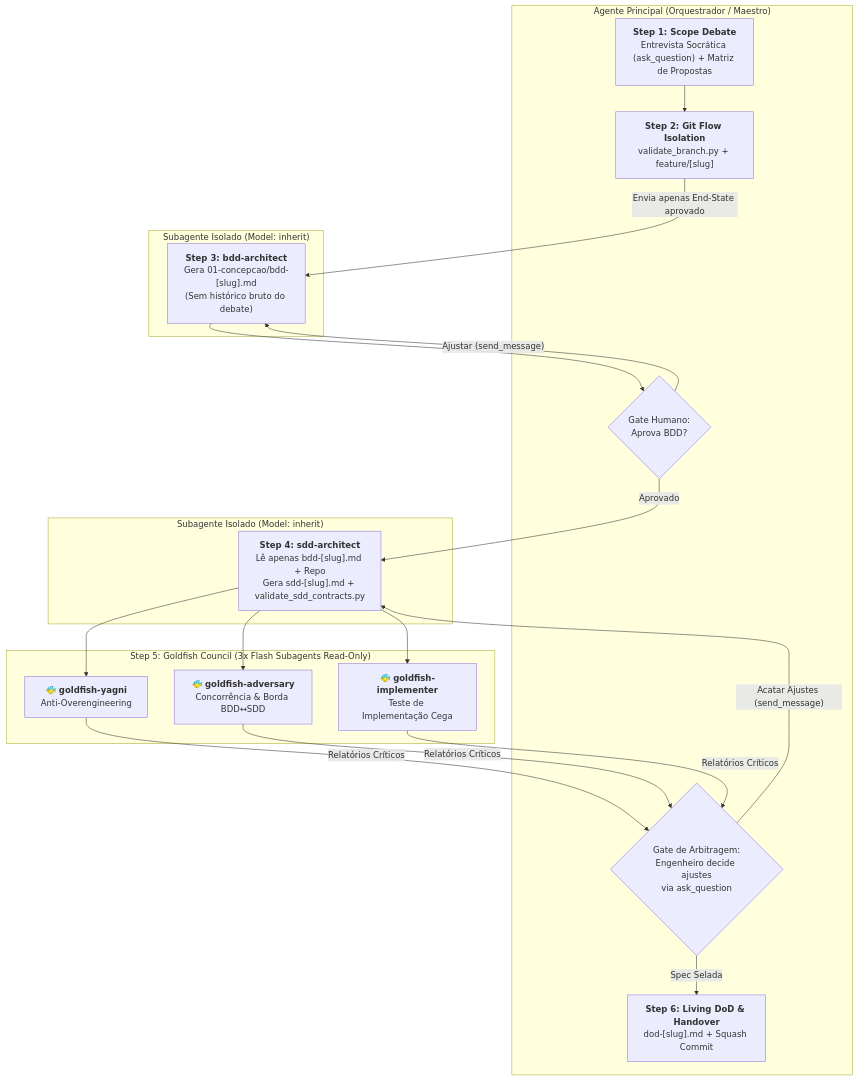
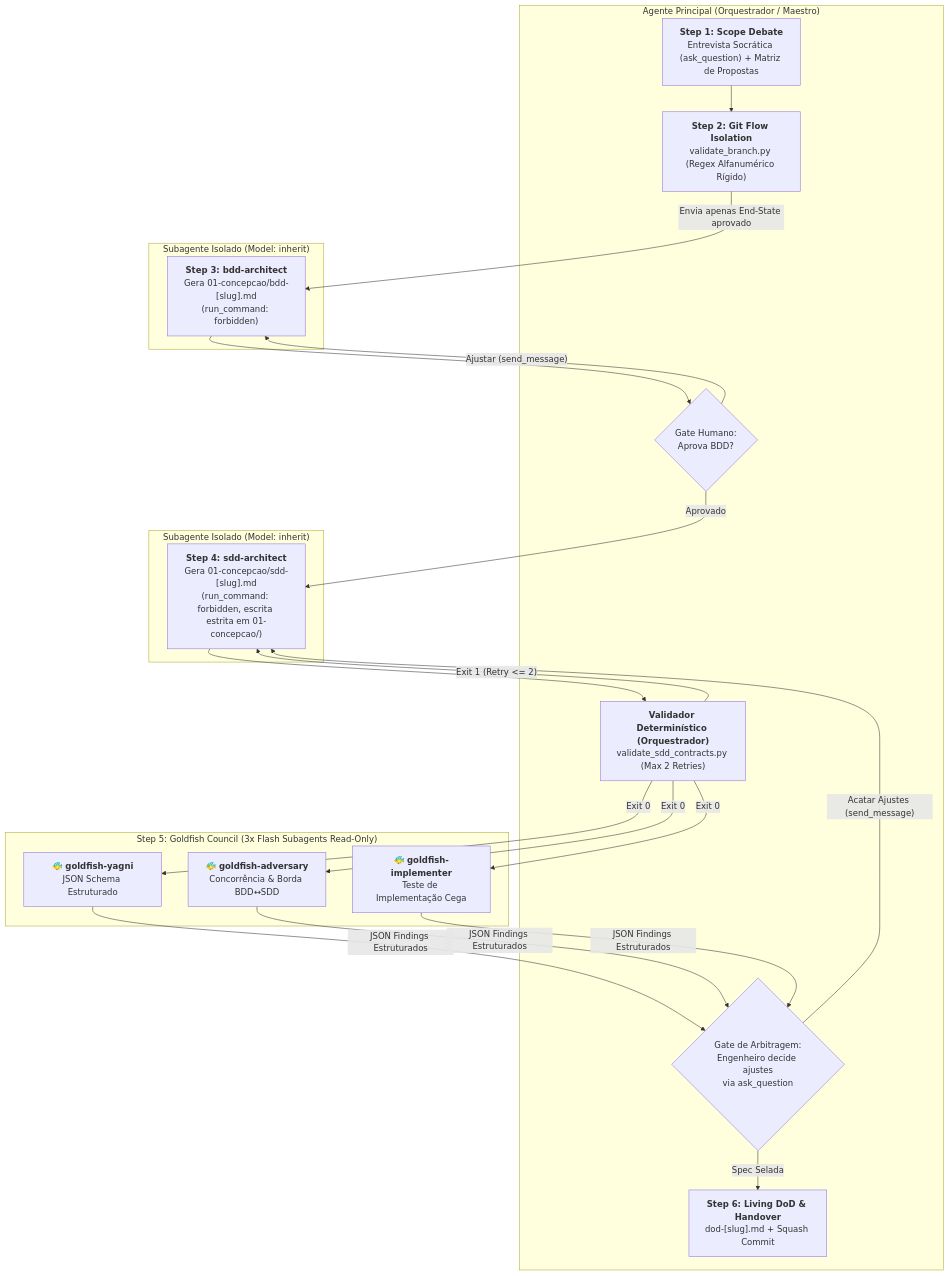
The diagram in doc/skills/plan/README.md (MarcosVeniciu/antigravity-agentic-skills), drawn with Mermaid before and after one commit. The commit also changed other lines of this file and 71 other files, not shown here.

````diff
--- a/doc/skills/plan/README.md
+++ b/doc/skills/plan/README.md
@@ -22,34 +23,37 @@
 ```mermaid
 flowchart TD
     subgraph MainChat["Agente Principal (Orquestrador / Maestro)"]
         S1["<b>Step 1: Scope Debate</b><br/>Entrevista Socrática (ask_question) + Matriz de Propostas"]
-        S2["<b>Step 2: Git Flow Isolation</b><br/>validate_branch.py + feature/[slug]"]
+        S2["<b>Step 2: Git Flow Isolation</b><br/>validate_branch.py (Regex Alfanumérico Rígido)"]
         G1{"Gate Humano:<br/>Aprova BDD?"}
+        ValScript["<b>Validador Determinístico (Orquestrador)</b><br/>validate_sdd_contracts.py (Max 2 Retries)"]
         Arb{"Gate de Arbitragem:<br/>Engenheiro decide ajustes<br/>via ask_question"}
         S6["<b>Step 6: Living DoD & Handover</b><br/>dod-[slug].md + Squash Commit"]
     end
 
     subgraph SubBDD["Subagente Isolado (Model: inherit)"]
-        B1["<b>Step 3: bdd-architect</b><br/>Gera 01-concepcao/bdd-[slug].md<br/>(Sem histórico bruto do debate)"]
+        B1["<b>Step 3: bdd-architect</b><br/>Gera 01-concepcao/bdd-[slug].md<br/>(run_command: forbidden)"]
     end
 
     subgraph SubSDD["Subagente Isolado (Model: inherit)"]
-        D1["<b>Step 4: sdd-architect</b><br/>Lê apenas bdd-[slug].md + Repo<br/>Gera sdd-[slug].md + validate_sdd_contracts.py"]
+        D1["<b>Step 4: sdd-architect</b><br/>Gera 01-concepcao/sdd-[slug].md<br/>(run_command: forbidden, escrita estrita em 01-concepcao/)"]
     end
 
     subgraph Goldfish["Step 5: Goldfish Council (3x Flash Subagents Read-Only)"]
-        GF1["🐠 <b>goldfish-yagni</b><br/>Anti-Overengineering"]
+        GF1["🐠 <b>goldfish-yagni</b><br/>JSON Schema Estruturado"]
         GF2["🐠 <b>goldfish-adversary</b><br/>Concorrência & Borda BDD↔SDD"]
         GF3["🐠 <b>goldfish-implementer</b><br/>Teste de Implementação Cega"]
     end
 
     S1 --> S2
     S2 -->|"Envia apenas End-State aprovado"| B1
     B1 --> G1
     G1 -->|"Aprovado"| D1
     G1 -->|"Ajustar (send_message)"| B1
-    D1 --> GF1 & GF2 & GF3
-    GF1 & GF2 & GF3 -->|"Relatórios Críticos"| Arb
+    D1 --> ValScript
+    ValScript -->|"Exit 0"| GF1 & GF2 & GF3
+    ValScript -->|"Exit 1 (Retry <= 2)"| D1
+    GF1 & GF2 & GF3 -->|"JSON Findings Estruturados"| Arb
     Arb -->|"Acatar Ajustes (send_message)"| D1
     Arb -->|"Spec Selada"| S6
 ```
````
